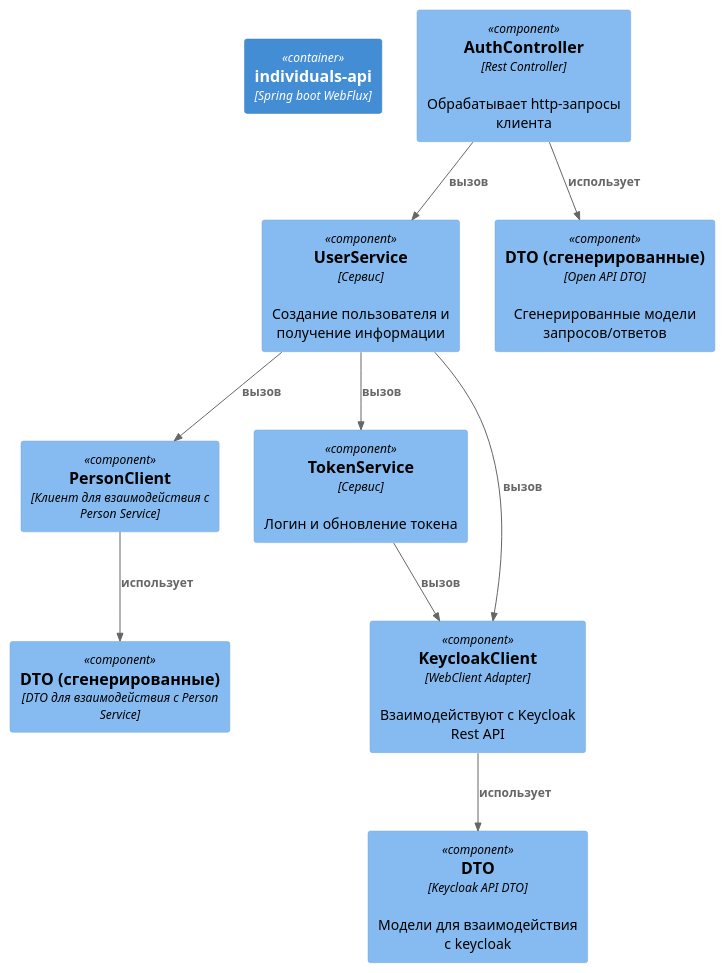
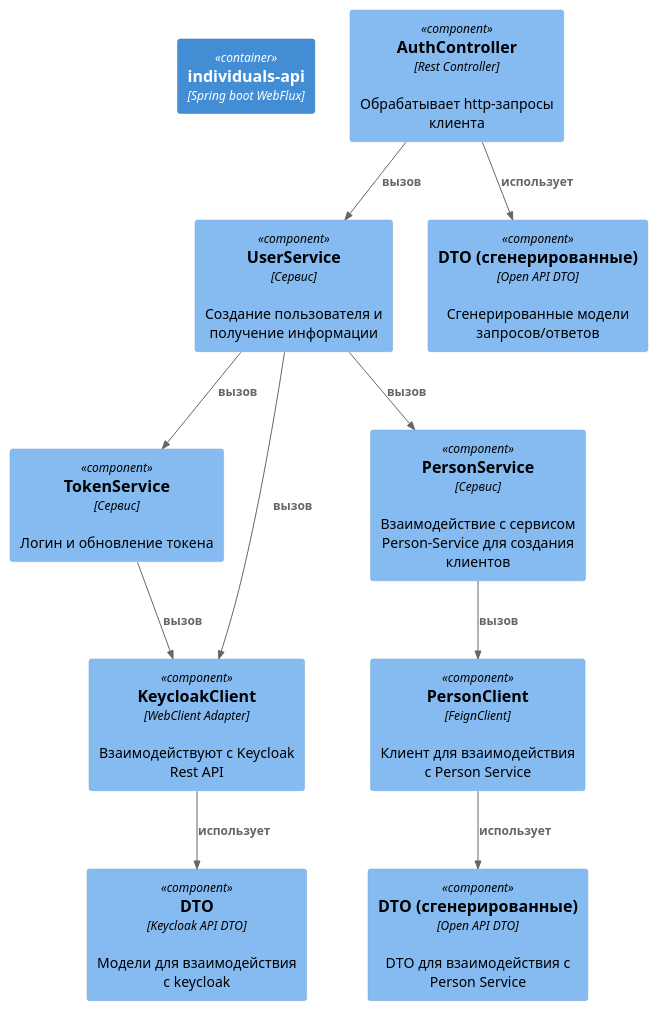
The diagram in diagram/individuals-api-component.puml (diamam90/payment-system), drawn with PlantUML before and after one commit. The commit also changed 166 other files, not shown here.

```diff
--- a/diagram/individuals-api-component.puml
+++ b/diagram/individuals-api-component.puml
@@ -1,25 +1,27 @@
 @startuml
 !includeurl https://raw.githubusercontent.com/plantuml-stdlib/C4-PlantUML/master/C4_Component.puml
 
 Container(indApi,"individuals-api","Spring boot WebFlux")
 
 Component(authController, "AuthController", "Rest Controller", "Обрабатывает http-запросы клиента")
 Component(userService,"UserService","Сервис","Создание пользователя и получение информации")
-Component(personClient, "PersonClient", "Клиент для взаимодействия с Person Service")
+Component(personClient, "PersonClient","FeignClient", "Клиент для взаимодействия с Person Service")
 Component(tokenService,"TokenService","Сервис","Логин и обновление токена")
 Component(keycloak,"KeycloakClient", "WebClient Adapter","Взаимодействуют с Keycloak Rest API")
+Component(personService, "PersonService","Сервис", "Взаимодействие с сервисом Person-Service для создания клиентов")
 
-Component(personDto, "DTO (сгенерированные)", "DTO для взаимодействия с Person Service")
+Component(personDto, "DTO (сгенерированные)","Open API DTO", "DTO для взаимодействия с Person Service")
 Component(authDto, "DTO (сгенерированные)", "Open API DTO", "Сгенерированные модели запросов/ответов")
 Component(keycloakDto, "DTO", "Keycloak API DTO", "Модели для взаимодействия с keycloak")
 
 Rel(authController, userService, "вызов")
 Rel(userService, tokenService, "вызов")
-Rel(userService, personClient, "вызов")
-Rel(personClient, personDto, "использует")
+Rel(userService, personService, "вызов")
+Rel(personService, personClient, "вызов")
 Rel(userService, keycloak, "вызов")
 Rel(tokenService,keycloak, "вызов")
+
 Rel(authController, authDto, "использует")
 Rel(keycloak, keycloakDto,"использует")
-
+Rel(personClient, personDto, "использует")
 @enduml
```
